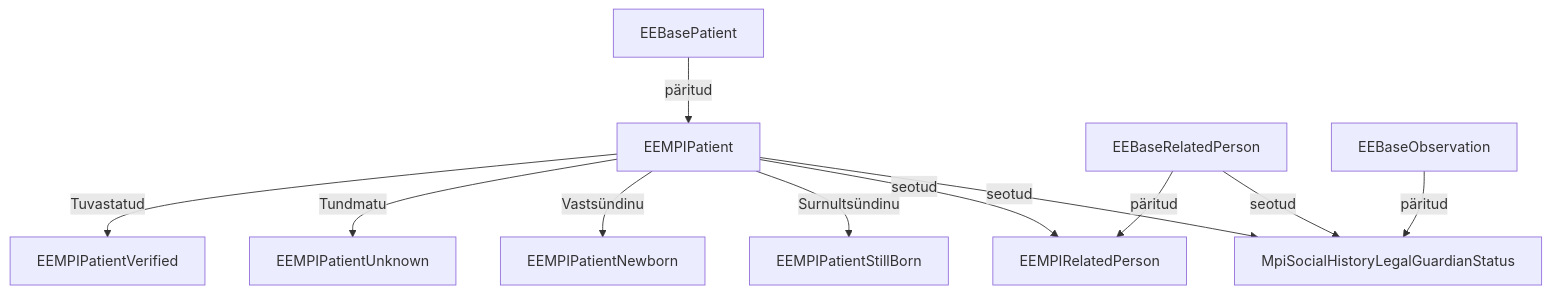
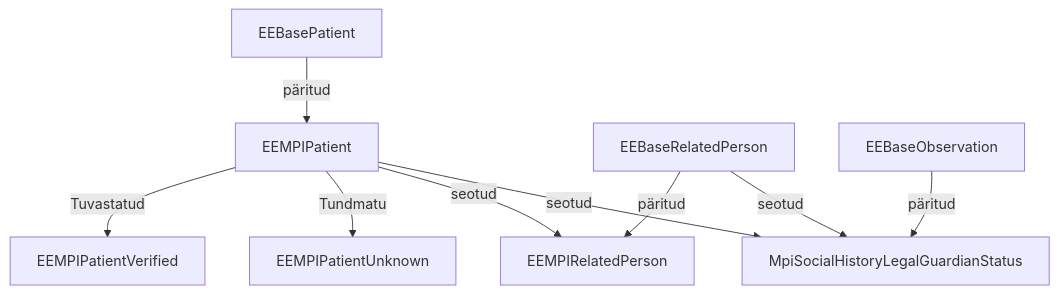
The diagram in input/pagecontent/patient.md (TEHIK-EE/ig-ee-mpi), drawn with Mermaid before and after one commit. The commit also changed other lines of this file and 7 other files, not shown here.

````diff
--- a/input/pagecontent/patient.md
+++ b/input/pagecontent/patient.md
@@ -5,13 +5,11 @@
 ```mermaid
 graph TD
     EEBasePatient -->|päritud| EEMPIPatient
     EEMPIPatient -->|Tuvastatud| EEMPIPatientVerified
     EEMPIPatient -->|Tundmatu| EEMPIPatientUnknown
-    EEMPIPatient -->|Vastsündinu| EEMPIPatientNewborn
-    EEMPIPatient -->|Surnultsündinu| EEMPIPatientStillBorn
     EEBaseRelatedPerson --> |päritud| EEMPIRelatedPerson
     EEMPIPatient --> |seotud| EEMPIRelatedPerson
     EEBaseObservation --> |päritud| MpiSocialHistoryLegalGuardianStatus
     EEMPIPatient --> |seotud| MpiSocialHistoryLegalGuardianStatus
     EEBaseRelatedPerson --> |seotud| MpiSocialHistoryLegalGuardianStatus
 ```
````
